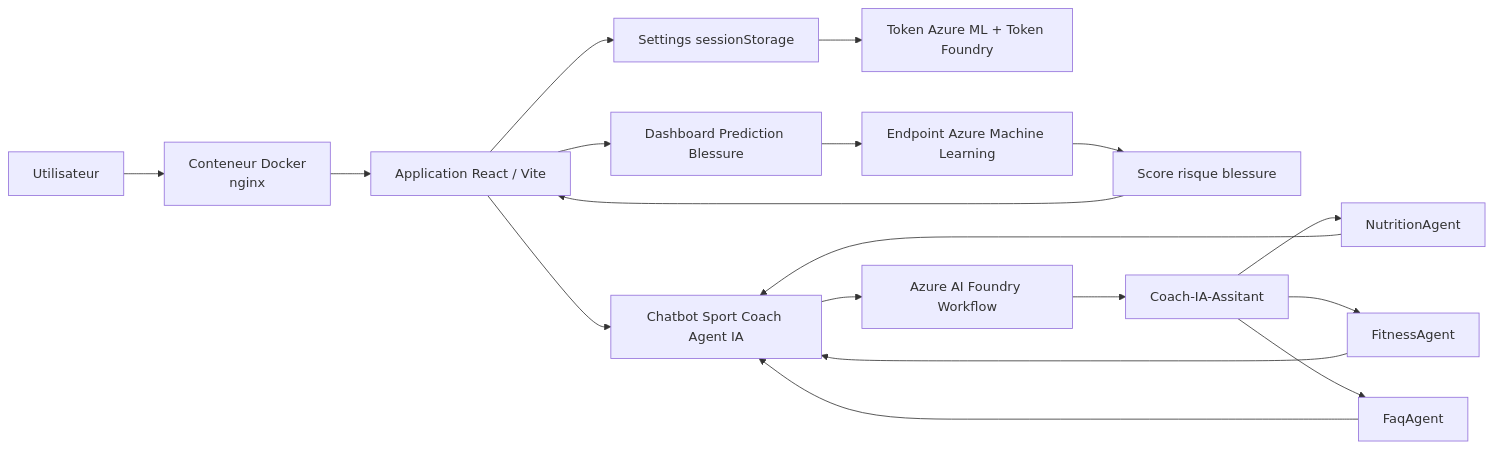
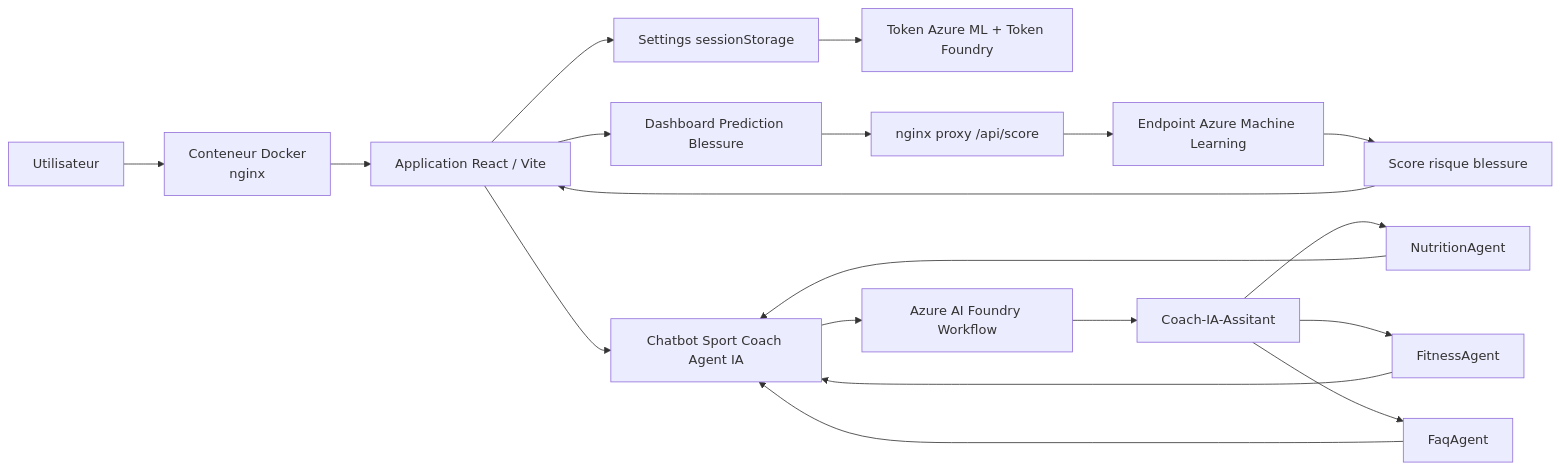
One commit to AkioLua/Microsoft-Azure-IA-Sport changed the first of 3 diagrams in README.md. Above: the diagram before and after it, drawn with Mermaid.

````diff
--- a/README.md
+++ b/README.md
@@ -22,22 +22,23 @@
 ```mermaid
 flowchart LR
     U[Utilisateur] --> Docker[Conteneur Docker\nnginx]
     Docker --> UI[Application React / Vite]
     UI --> Settings[Settings sessionStorage]
     Settings --> Tokens[Token Azure ML + Token Foundry]
 
     UI --> Injury[Dashboard Prediction Blessure]
-    Injury --> AML[Endpoint Azure Machine Learning]
+    Injury --> Proxy[nginx proxy /api/score]
+    Proxy --> AML[Endpoint Azure Machine Learning]
     AML --> Score[Score risque blessure]
     Score --> UI
 
     UI --> Coach[Chatbot Sport Coach Agent IA]
     Coach --> WF[Azure AI Foundry Workflow]
     WF --> Orchestrator[Coach-IA-Assitant]
     Orchestrator --> Nutrition[NutritionAgent]
     Orchestrator --> Fitness[FitnessAgent]
     Orchestrator --> FAQ[FaqAgent]
     Nutrition --> Coach
     Fitness --> Coach
     FAQ --> Coach
 ```
````
